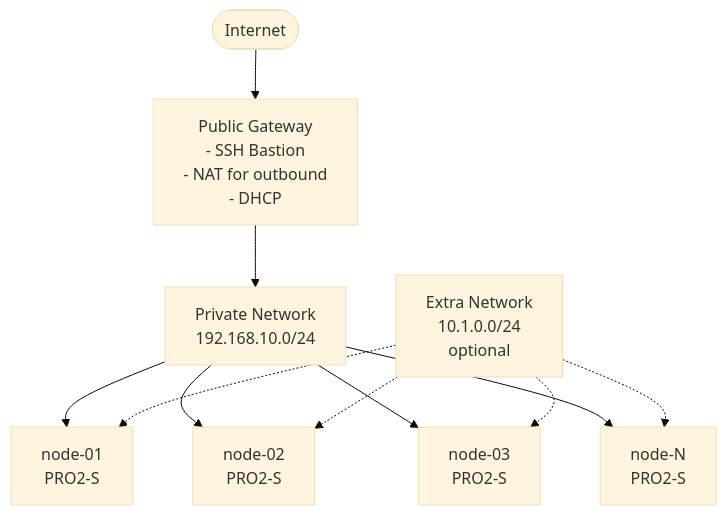
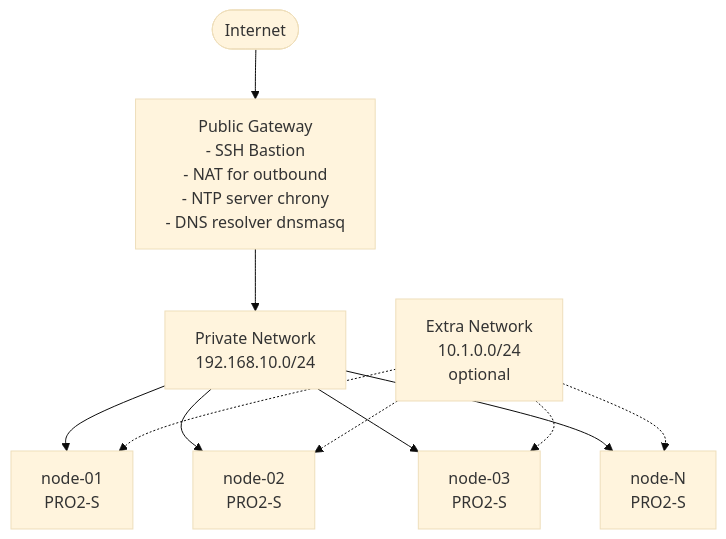
One commit to scality/platform-spawner changed the diagram in README.md. Above: the diagram before and after it, drawn with Mermaid (base theme). The commit also changed other lines of this file and 3 other files, not shown here.

Commit message:
:sparkles: add chrony and dnsmasq for scaleway

````diff
--- a/README.md
+++ b/README.md
@@ -81,22 +81,22 @@
 ```mermaid
 graph TD
     Internet([Internet])
-    Gateway[Public Gateway<br/>- SSH Bastion<br/>- NAT for outbound<br/>- DHCP]
+    Gateway[Public Gateway<br/>- SSH Bastion<br/>- NAT for outbound<br/>- NTP server chrony<br/>- DNS resolver dnsmasq]
     PrivateNet[Private Network<br/>192.168.10.0/24]
     ExtraNet[Extra Network<br/>10.1.0.0/24<br/>optional]
     Node1[node-01<br/>PRO2-S]
     Node2[node-02<br/>PRO2-S]
     Node3[node-03<br/>PRO2-S]
     NodeN[node-N<br/>PRO2-S]
 
     Internet --> Gateway
     Gateway --> PrivateNet
     PrivateNet --> Node1
     PrivateNet --> Node2
     PrivateNet --> Node3
     PrivateNet --> NodeN
     ExtraNet -.-> Node1
     ExtraNet -.-> Node2
     ExtraNet -.-> Node3
     ExtraNet -.-> NodeN
 ```
````
